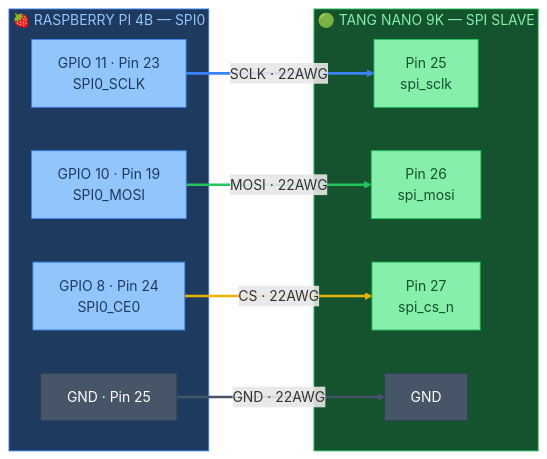
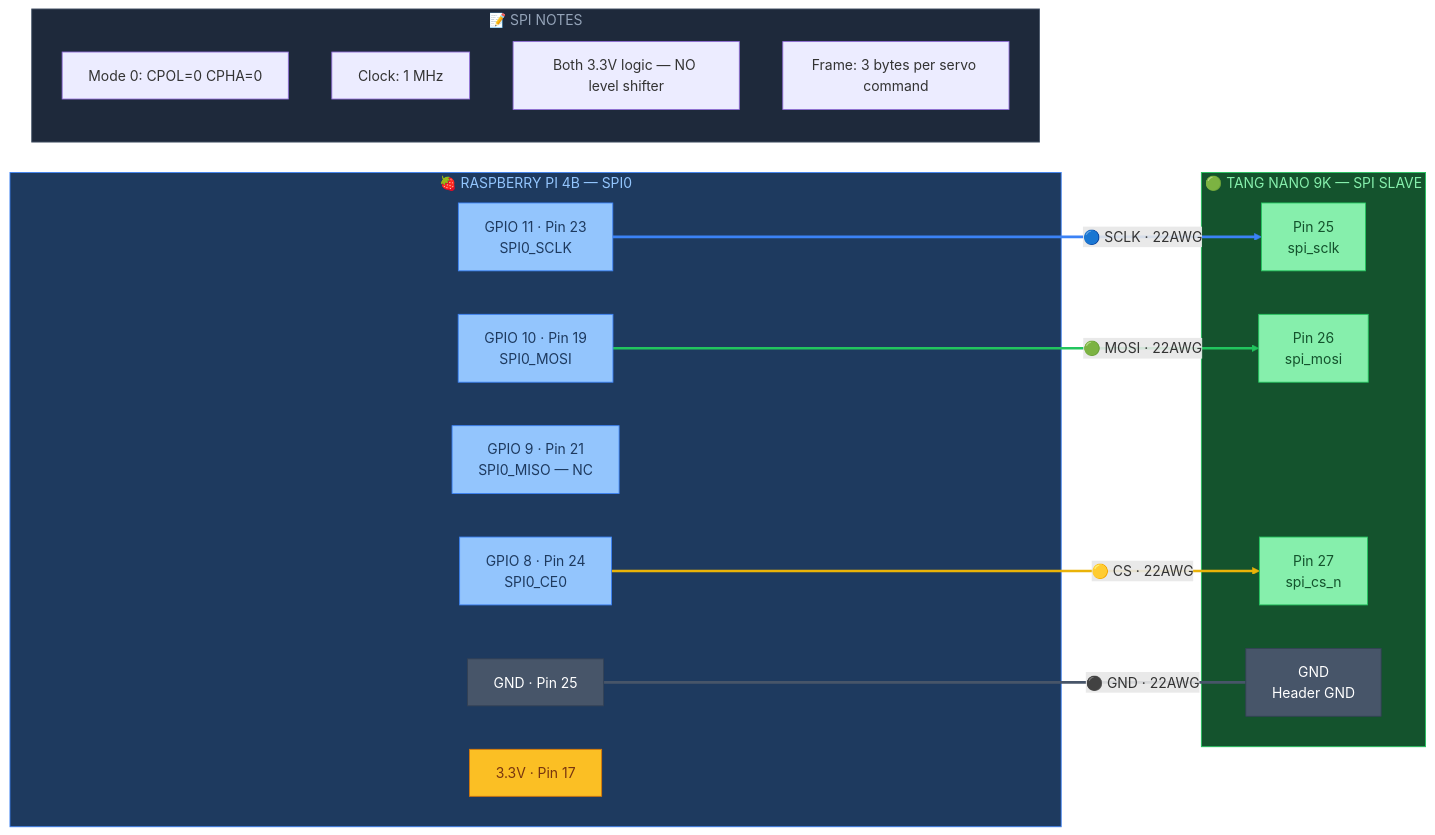
The third of 9 diagrams in control/docs/wiring_diagram.md (Major-Project-001/VIGIL-RQ), drawn with Mermaid before and after one commit. The commit also changed other lines of this file, not shown here.

Commit message:
docs: Final wiring diagram — full detail + color-coded linkStyle on every line

````diff
--- a/control/docs/wiring_diagram.md
+++ b/control/docs/wiring_diagram.md
@@ -179,33 +264,45 @@
 ```mermaid
 graph LR
     classDef rpiPin fill:#93c5fd,stroke:#3b82f6,color:#1e3a5f
     classDef fpgaPin fill:#86efac,stroke:#22c55e,color:#14532d
     classDef gnd fill:#475569,stroke:#334155,color:#fff
+    classDef vcc fill:#fbbf24,stroke:#d97706,color:#78350f
 
     subgraph RPI_SPI["🍓 RASPBERRY PI 4B — SPI0"]
-        R_SCLK["GPIO 11 · Pin 23<br/>SPI0_SCLK"]:::rpiPin
-        R_MOSI["GPIO 10 · Pin 19<br/>SPI0_MOSI"]:::rpiPin
-        R_CE0["GPIO 8 · Pin 24<br/>SPI0_CE0"]:::rpiPin
-        R_GND["GND · Pin 25"]:::gnd
+        RPI_SCLK["GPIO 11 · Pin 23<br/>SPI0_SCLK"]:::rpiPin
+        RPI_MOSI["GPIO 10 · Pin 19<br/>SPI0_MOSI"]:::rpiPin
+        RPI_MISO["GPIO 9 · Pin 21<br/>SPI0_MISO — NC"]:::rpiPin
+        RPI_CE0["GPIO 8 · Pin 24<br/>SPI0_CE0"]:::rpiPin
+        RPI_GND_SPI["GND · Pin 25"]:::gnd
+        RPI_3V3_SPI["3.3V · Pin 17"]:::vcc
     end
 
     subgraph FPGA_SPI["🟢 TANG NANO 9K — SPI SLAVE"]
-        F_SCLK["Pin 25<br/>spi_sclk"]:::fpgaPin
-        F_MOSI["Pin 26<br/>spi_mosi"]:::fpgaPin
-        F_CS["Pin 27<br/>spi_cs_n"]:::fpgaPin
-        F_GND["GND"]:::gnd
+        FPGA_SCLK["Pin 25<br/>spi_sclk"]:::fpgaPin
+        FPGA_MOSI["Pin 26<br/>spi_mosi"]:::fpgaPin
+        FPGA_CS["Pin 27<br/>spi_cs_n"]:::fpgaPin
+        FPGA_GND_SPI["GND<br/>Header GND"]:::gnd
     end
 
-    R_SCLK -->|"SCLK · 22AWG"| F_SCLK
-    R_MOSI -->|"MOSI · 22AWG"| F_MOSI
-    R_CE0 -->|"CS · 22AWG"| F_CS
-    R_GND -->|"GND · 22AWG"| F_GND
+    subgraph NOTES_SPI["📝 SPI NOTES"]
+        N1["Mode 0: CPOL=0 CPHA=0"]
+        N2["Clock: 1 MHz"]
+        N3["Both 3.3V logic — NO level shifter"]
+        N4["Frame: 3 bytes per servo command"]
+    end
+
+    %% SPI Signal connections (links 0-3)
+    RPI_SCLK ==>|"🔵 SCLK · 22AWG"| FPGA_SCLK
+    RPI_MOSI ==>|"🟢 MOSI · 22AWG"| FPGA_MOSI
+    RPI_CE0 ==>|"🟡 CS · 22AWG"| FPGA_CS
+    RPI_GND_SPI ---|"⚫ GND · 22AWG"| FPGA_GND_SPI
 
     linkStyle 0 stroke:#3b82f6,stroke-width:3px
     linkStyle 1 stroke:#22c55e,stroke-width:3px
     linkStyle 2 stroke:#eab308,stroke-width:3px
     linkStyle 3 stroke:#475569,stroke-width:3px
 
     style RPI_SPI fill:#1e3a5f,stroke:#3b82f6,color:#93c5fd
     style FPGA_SPI fill:#14532d,stroke:#22c55e,color:#86efac
+    style NOTES_SPI fill:#1e293b,stroke:#475569,color:#94a3b8
 ```
````
